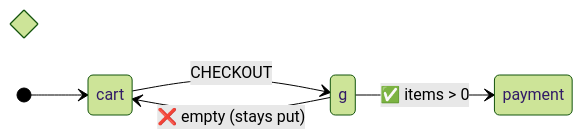
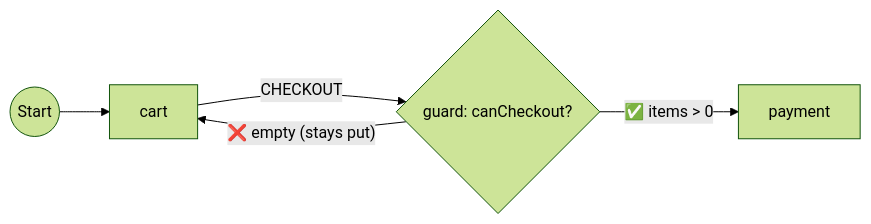
Before and after one commit to basiltt/xstate-statemachine: the first of 3 diagrams in docs/_guide/guards.md, drawn with Mermaid (forest theme). The commit also changed 4 other files, not shown here.

Commit message:
docs: fix labeled decision diagrams before release

````diff
--- a/docs/_guide/guards.md
+++ b/docs/_guide/guards.md
@@ -12,9 +12,9 @@
 ```mermaid
-stateDiagram-v2
-    direction LR
-    state "guard: canCheckout?" as g <<choice>>
-    [*] --> cart
-    cart --> g : CHECKOUT
-    g --> payment : ✅ items > 0
-    g --> cart : ❌ empty (stays put)
+flowchart LR
+    start((Start))
+    g{"guard: canCheckout?"}
+    start --> cart
+    cart -->|"CHECKOUT"| g
+    g -->|"✅ items > 0"| payment
+    g -->|"❌ empty (stays put)"| cart
 ```
````
